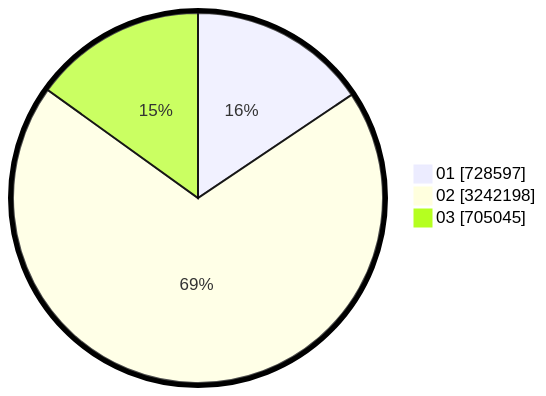
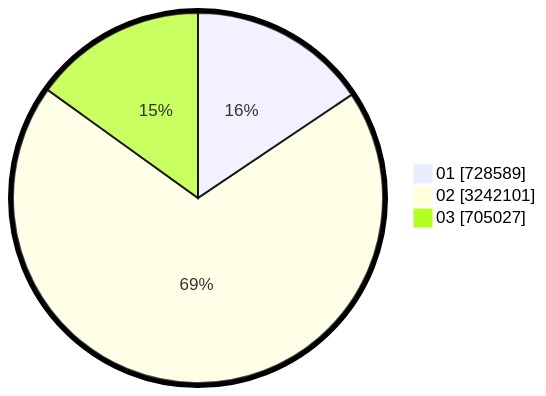
One commit to gigit-pemilu/pemilu-2024 changed the second of 2 diagrams in pilpres/hitung-suara/sub/table-wilayah-18.md. Above: the diagram before and after it, drawn with Mermaid. The commit also changed other lines of this file and 6 other files, not shown here.

````diff
--- a/pilpres/hitung-suara/sub/table-wilayah-18.md
+++ b/pilpres/hitung-suara/sub/table-wilayah-18.md
@@ -15,7 +15,7 @@
 ```mermaid
 %%{init: {"pie": {"textPosition": 0.5}, "themeVariables": {"pieOuterStrokeWidth": "5px"}} }%%
 pie showData
-    "01" : 728597
-    "02" : 3242198
-    "03" : 705045
+    "01" : 728589
+    "02" : 3242101
+    "03" : 705027
 ```
````
